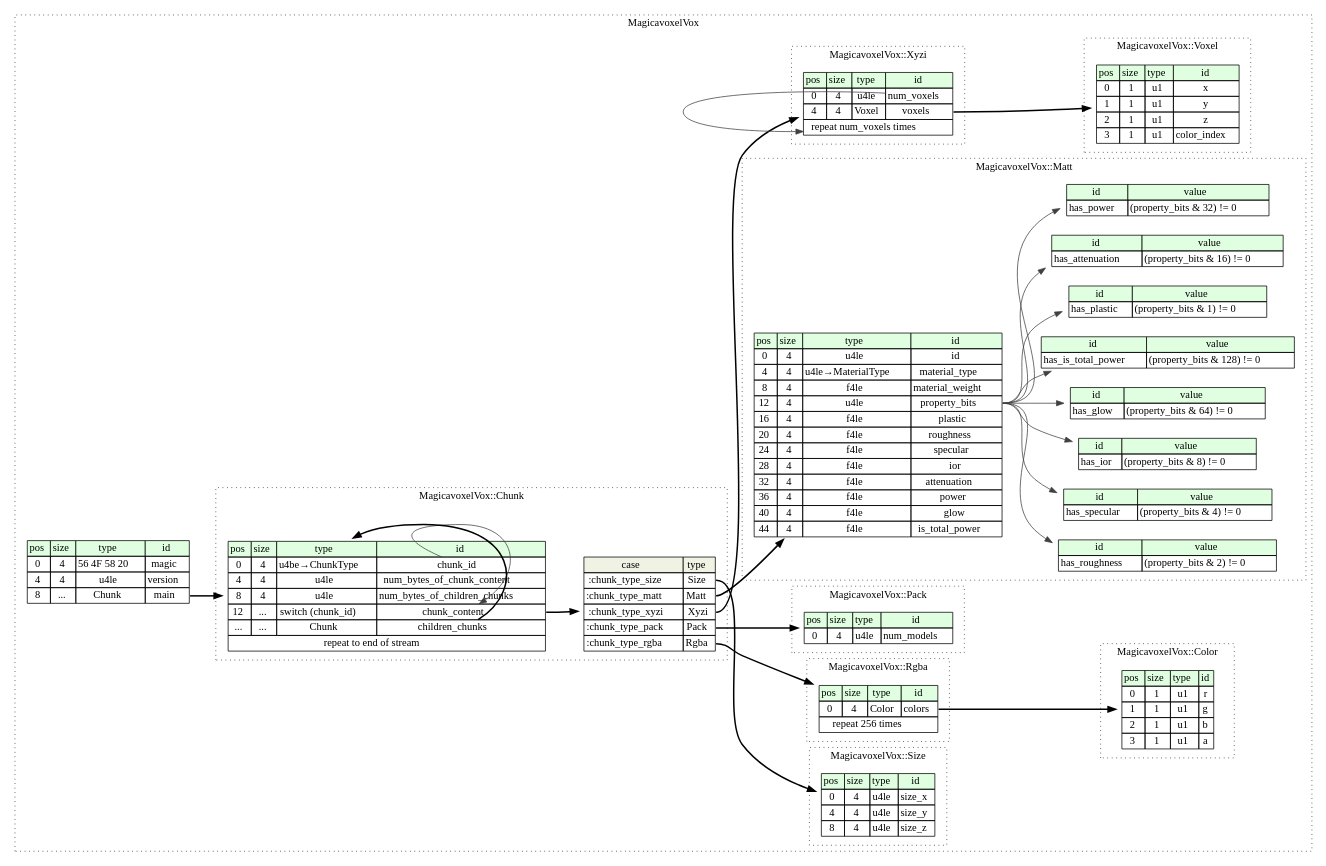
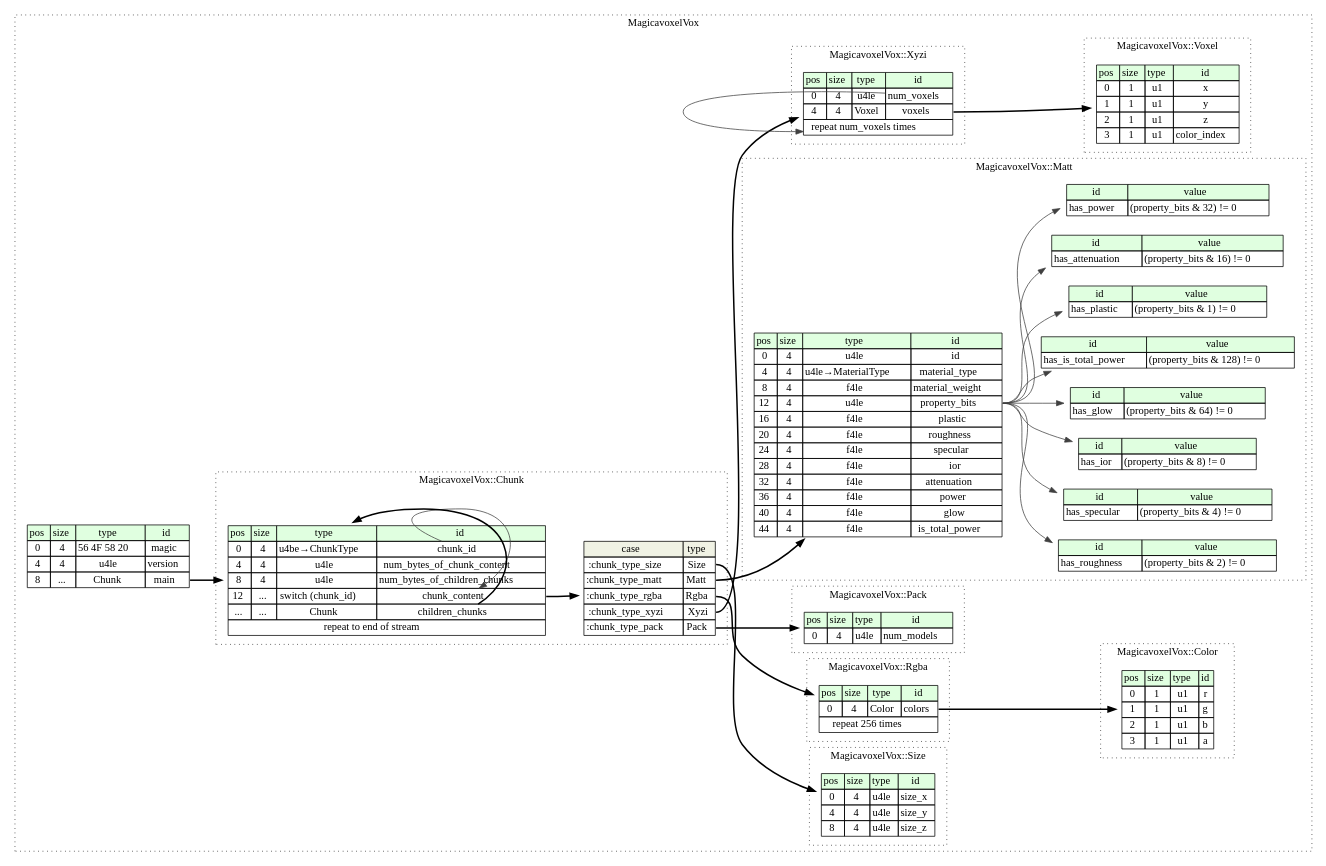
Before and after one commit to kaitai-io/formats-kaitai-io.github.io: the diagram in magicavoxel_vox/src/graphviz/magicavoxel_vox.dot, drawn with Graphviz. The commit also changed 2419 other files, not shown here.

```diff
--- a/magicavoxel_vox/src/graphviz/magicavoxel_vox.dot
+++ b/magicavoxel_vox/src/graphviz/magicavoxel_vox.dot
@@ -1,174 +1,174 @@
 digraph {
 	rankdir=LR;
 	node [shape=plaintext];
 	subgraph cluster__magicavoxel_vox {
 		label="MagicavoxelVox";
 		graph[style=dotted];
 
 		magicavoxel_vox__seq [label=<<TABLE BORDER="0" CELLBORDER="1" CELLSPACING="0">
 			<TR><TD BGCOLOR="#E0FFE0">pos</TD><TD BGCOLOR="#E0FFE0">size</TD><TD BGCOLOR="#E0FFE0">type</TD><TD BGCOLOR="#E0FFE0">id</TD></TR>
 			<TR><TD PORT="magic_pos">0</TD><TD PORT="magic_size">4</TD><TD>56 4F 58 20</TD><TD PORT="magic_type">magic</TD></TR>
 			<TR><TD PORT="version_pos">4</TD><TD PORT="version_size">4</TD><TD>u4le</TD><TD PORT="version_type">version</TD></TR>
 			<TR><TD PORT="main_pos">8</TD><TD PORT="main_size">...</TD><TD>Chunk</TD><TD PORT="main_type">main</TD></TR>
 		</TABLE>>];
 		subgraph cluster__chunk {
 			label="MagicavoxelVox::Chunk";
 			graph[style=dotted];
 
 			chunk__seq [label=<<TABLE BORDER="0" CELLBORDER="1" CELLSPACING="0">
 				<TR><TD BGCOLOR="#E0FFE0">pos</TD><TD BGCOLOR="#E0FFE0">size</TD><TD BGCOLOR="#E0FFE0">type</TD><TD BGCOLOR="#E0FFE0">id</TD></TR>
 				<TR><TD PORT="chunk_id_pos">0</TD><TD PORT="chunk_id_size">4</TD><TD>u4be→ChunkType</TD><TD PORT="chunk_id_type">chunk_id</TD></TR>
 				<TR><TD PORT="num_bytes_of_chunk_content_pos">4</TD><TD PORT="num_bytes_of_chunk_content_size">4</TD><TD>u4le</TD><TD PORT="num_bytes_of_chunk_content_type">num_bytes_of_chunk_content</TD></TR>
 				<TR><TD PORT="num_bytes_of_children_chunks_pos">8</TD><TD PORT="num_bytes_of_children_chunks_size">4</TD><TD>u4le</TD><TD PORT="num_bytes_of_children_chunks_type">num_bytes_of_children_chunks</TD></TR>
 				<TR><TD PORT="chunk_content_pos">12</TD><TD PORT="chunk_content_size">...</TD><TD>switch (chunk_id)</TD><TD PORT="chunk_content_type">chunk_content</TD></TR>
 				<TR><TD PORT="children_chunks_pos">...</TD><TD PORT="children_chunks_size">...</TD><TD>Chunk</TD><TD PORT="children_chunks_type">children_chunks</TD></TR>
 				<TR><TD COLSPAN="4" PORT="children_chunks__repeat">repeat to end of stream</TD></TR>
 			</TABLE>>];
 chunk__seq_chunk_content_switch [label=<<TABLE BORDER="0" CELLBORDER="1" CELLSPACING="0">
 	<TR><TD BGCOLOR="#F0F2E4">case</TD><TD BGCOLOR="#F0F2E4">type</TD></TR>
 	<TR><TD>:chunk_type_size</TD><TD PORT="case0">Size</TD></TR>
 	<TR><TD>:chunk_type_matt</TD><TD PORT="case1">Matt</TD></TR>
-	<TR><TD>:chunk_type_xyzi</TD><TD PORT="case2">Xyzi</TD></TR>
-	<TR><TD>:chunk_type_pack</TD><TD PORT="case3">Pack</TD></TR>
-	<TR><TD>:chunk_type_rgba</TD><TD PORT="case4">Rgba</TD></TR>
+	<TR><TD>:chunk_type_rgba</TD><TD PORT="case2">Rgba</TD></TR>
+	<TR><TD>:chunk_type_xyzi</TD><TD PORT="case3">Xyzi</TD></TR>
+	<TR><TD>:chunk_type_pack</TD><TD PORT="case4">Pack</TD></TR>
 </TABLE>>];
 		}
 		subgraph cluster__size {
 			label="MagicavoxelVox::Size";
 			graph[style=dotted];
 
 			size__seq [label=<<TABLE BORDER="0" CELLBORDER="1" CELLSPACING="0">
 				<TR><TD BGCOLOR="#E0FFE0">pos</TD><TD BGCOLOR="#E0FFE0">size</TD><TD BGCOLOR="#E0FFE0">type</TD><TD BGCOLOR="#E0FFE0">id</TD></TR>
 				<TR><TD PORT="size_x_pos">0</TD><TD PORT="size_x_size">4</TD><TD>u4le</TD><TD PORT="size_x_type">size_x</TD></TR>
 				<TR><TD PORT="size_y_pos">4</TD><TD PORT="size_y_size">4</TD><TD>u4le</TD><TD PORT="size_y_type">size_y</TD></TR>
 				<TR><TD PORT="size_z_pos">8</TD><TD PORT="size_z_size">4</TD><TD>u4le</TD><TD PORT="size_z_type">size_z</TD></TR>
 			</TABLE>>];
 		}
 		subgraph cluster__rgba {
 			label="MagicavoxelVox::Rgba";
 			graph[style=dotted];
 
 			rgba__seq [label=<<TABLE BORDER="0" CELLBORDER="1" CELLSPACING="0">
 				<TR><TD BGCOLOR="#E0FFE0">pos</TD><TD BGCOLOR="#E0FFE0">size</TD><TD BGCOLOR="#E0FFE0">type</TD><TD BGCOLOR="#E0FFE0">id</TD></TR>
 				<TR><TD PORT="colors_pos">0</TD><TD PORT="colors_size">4</TD><TD>Color</TD><TD PORT="colors_type">colors</TD></TR>
 				<TR><TD COLSPAN="4" PORT="colors__repeat">repeat 256 times</TD></TR>
 			</TABLE>>];
 		}
 		subgraph cluster__pack {
 			label="MagicavoxelVox::Pack";
 			graph[style=dotted];
 
 			pack__seq [label=<<TABLE BORDER="0" CELLBORDER="1" CELLSPACING="0">
 				<TR><TD BGCOLOR="#E0FFE0">pos</TD><TD BGCOLOR="#E0FFE0">size</TD><TD BGCOLOR="#E0FFE0">type</TD><TD BGCOLOR="#E0FFE0">id</TD></TR>
 				<TR><TD PORT="num_models_pos">0</TD><TD PORT="num_models_size">4</TD><TD>u4le</TD><TD PORT="num_models_type">num_models</TD></TR>
 			</TABLE>>];
 		}
 		subgraph cluster__matt {
 			label="MagicavoxelVox::Matt";
 			graph[style=dotted];
 
 			matt__seq [label=<<TABLE BORDER="0" CELLBORDER="1" CELLSPACING="0">
 				<TR><TD BGCOLOR="#E0FFE0">pos</TD><TD BGCOLOR="#E0FFE0">size</TD><TD BGCOLOR="#E0FFE0">type</TD><TD BGCOLOR="#E0FFE0">id</TD></TR>
 				<TR><TD PORT="id_pos">0</TD><TD PORT="id_size">4</TD><TD>u4le</TD><TD PORT="id_type">id</TD></TR>
 				<TR><TD PORT="material_type_pos">4</TD><TD PORT="material_type_size">4</TD><TD>u4le→MaterialType</TD><TD PORT="material_type_type">material_type</TD></TR>
 				<TR><TD PORT="material_weight_pos">8</TD><TD PORT="material_weight_size">4</TD><TD>f4le</TD><TD PORT="material_weight_type">material_weight</TD></TR>
 				<TR><TD PORT="property_bits_pos">12</TD><TD PORT="property_bits_size">4</TD><TD>u4le</TD><TD PORT="property_bits_type">property_bits</TD></TR>
 				<TR><TD PORT="plastic_pos">16</TD><TD PORT="plastic_size">4</TD><TD>f4le</TD><TD PORT="plastic_type">plastic</TD></TR>
 				<TR><TD PORT="roughness_pos">20</TD><TD PORT="roughness_size">4</TD><TD>f4le</TD><TD PORT="roughness_type">roughness</TD></TR>
 				<TR><TD PORT="specular_pos">24</TD><TD PORT="specular_size">4</TD><TD>f4le</TD><TD PORT="specular_type">specular</TD></TR>
 				<TR><TD PORT="ior_pos">28</TD><TD PORT="ior_size">4</TD><TD>f4le</TD><TD PORT="ior_type">ior</TD></TR>
 				<TR><TD PORT="attenuation_pos">32</TD><TD PORT="attenuation_size">4</TD><TD>f4le</TD><TD PORT="attenuation_type">attenuation</TD></TR>
 				<TR><TD PORT="power_pos">36</TD><TD PORT="power_size">4</TD><TD>f4le</TD><TD PORT="power_type">power</TD></TR>
 				<TR><TD PORT="glow_pos">40</TD><TD PORT="glow_size">4</TD><TD>f4le</TD><TD PORT="glow_type">glow</TD></TR>
 				<TR><TD PORT="is_total_power_pos">44</TD><TD PORT="is_total_power_size">4</TD><TD>f4le</TD><TD PORT="is_total_power_type">is_total_power</TD></TR>
 			</TABLE>>];
 			matt__inst__has_is_total_power [label=<<TABLE BORDER="0" CELLBORDER="1" CELLSPACING="0">
 				<TR><TD BGCOLOR="#E0FFE0">id</TD><TD BGCOLOR="#E0FFE0">value</TD></TR>
 				<TR><TD>has_is_total_power</TD><TD>(property_bits &amp; 128) != 0</TD></TR>
 			</TABLE>>];
 			matt__inst__has_plastic [label=<<TABLE BORDER="0" CELLBORDER="1" CELLSPACING="0">
 				<TR><TD BGCOLOR="#E0FFE0">id</TD><TD BGCOLOR="#E0FFE0">value</TD></TR>
 				<TR><TD>has_plastic</TD><TD>(property_bits &amp; 1) != 0</TD></TR>
 			</TABLE>>];
 			matt__inst__has_attenuation [label=<<TABLE BORDER="0" CELLBORDER="1" CELLSPACING="0">
 				<TR><TD BGCOLOR="#E0FFE0">id</TD><TD BGCOLOR="#E0FFE0">value</TD></TR>
 				<TR><TD>has_attenuation</TD><TD>(property_bits &amp; 16) != 0</TD></TR>
 			</TABLE>>];
 			matt__inst__has_power [label=<<TABLE BORDER="0" CELLBORDER="1" CELLSPACING="0">
 				<TR><TD BGCOLOR="#E0FFE0">id</TD><TD BGCOLOR="#E0FFE0">value</TD></TR>
 				<TR><TD>has_power</TD><TD>(property_bits &amp; 32) != 0</TD></TR>
 			</TABLE>>];
 			matt__inst__has_roughness [label=<<TABLE BORDER="0" CELLBORDER="1" CELLSPACING="0">
 				<TR><TD BGCOLOR="#E0FFE0">id</TD><TD BGCOLOR="#E0FFE0">value</TD></TR>
 				<TR><TD>has_roughness</TD><TD>(property_bits &amp; 2) != 0</TD></TR>
 			</TABLE>>];
 			matt__inst__has_specular [label=<<TABLE BORDER="0" CELLBORDER="1" CELLSPACING="0">
 				<TR><TD BGCOLOR="#E0FFE0">id</TD><TD BGCOLOR="#E0FFE0">value</TD></TR>
 				<TR><TD>has_specular</TD><TD>(property_bits &amp; 4) != 0</TD></TR>
 			</TABLE>>];
 			matt__inst__has_ior [label=<<TABLE BORDER="0" CELLBORDER="1" CELLSPACING="0">
 				<TR><TD BGCOLOR="#E0FFE0">id</TD><TD BGCOLOR="#E0FFE0">value</TD></TR>
 				<TR><TD>has_ior</TD><TD>(property_bits &amp; 8) != 0</TD></TR>
 			</TABLE>>];
 			matt__inst__has_glow [label=<<TABLE BORDER="0" CELLBORDER="1" CELLSPACING="0">
 				<TR><TD BGCOLOR="#E0FFE0">id</TD><TD BGCOLOR="#E0FFE0">value</TD></TR>
 				<TR><TD>has_glow</TD><TD>(property_bits &amp; 64) != 0</TD></TR>
 			</TABLE>>];
 		}
 		subgraph cluster__xyzi {
 			label="MagicavoxelVox::Xyzi";
 			graph[style=dotted];
 
 			xyzi__seq [label=<<TABLE BORDER="0" CELLBORDER="1" CELLSPACING="0">
 				<TR><TD BGCOLOR="#E0FFE0">pos</TD><TD BGCOLOR="#E0FFE0">size</TD><TD BGCOLOR="#E0FFE0">type</TD><TD BGCOLOR="#E0FFE0">id</TD></TR>
 				<TR><TD PORT="num_voxels_pos">0</TD><TD PORT="num_voxels_size">4</TD><TD>u4le</TD><TD PORT="num_voxels_type">num_voxels</TD></TR>
 				<TR><TD PORT="voxels_pos">4</TD><TD PORT="voxels_size">4</TD><TD>Voxel</TD><TD PORT="voxels_type">voxels</TD></TR>
 				<TR><TD COLSPAN="4" PORT="voxels__repeat">repeat num_voxels times</TD></TR>
 			</TABLE>>];
 		}
 		subgraph cluster__color {
 			label="MagicavoxelVox::Color";
 			graph[style=dotted];
 
 			color__seq [label=<<TABLE BORDER="0" CELLBORDER="1" CELLSPACING="0">
 				<TR><TD BGCOLOR="#E0FFE0">pos</TD><TD BGCOLOR="#E0FFE0">size</TD><TD BGCOLOR="#E0FFE0">type</TD><TD BGCOLOR="#E0FFE0">id</TD></TR>
 				<TR><TD PORT="r_pos">0</TD><TD PORT="r_size">1</TD><TD>u1</TD><TD PORT="r_type">r</TD></TR>
 				<TR><TD PORT="g_pos">1</TD><TD PORT="g_size">1</TD><TD>u1</TD><TD PORT="g_type">g</TD></TR>
 				<TR><TD PORT="b_pos">2</TD><TD PORT="b_size">1</TD><TD>u1</TD><TD PORT="b_type">b</TD></TR>
 				<TR><TD PORT="a_pos">3</TD><TD PORT="a_size">1</TD><TD>u1</TD><TD PORT="a_type">a</TD></TR>
 			</TABLE>>];
 		}
 		subgraph cluster__voxel {
 			label="MagicavoxelVox::Voxel";
 			graph[style=dotted];
 
 			voxel__seq [label=<<TABLE BORDER="0" CELLBORDER="1" CELLSPACING="0">
 				<TR><TD BGCOLOR="#E0FFE0">pos</TD><TD BGCOLOR="#E0FFE0">size</TD><TD BGCOLOR="#E0FFE0">type</TD><TD BGCOLOR="#E0FFE0">id</TD></TR>
 				<TR><TD PORT="x_pos">0</TD><TD PORT="x_size">1</TD><TD>u1</TD><TD PORT="x_type">x</TD></TR>
 				<TR><TD PORT="y_pos">1</TD><TD PORT="y_size">1</TD><TD>u1</TD><TD PORT="y_type">y</TD></TR>
 				<TR><TD PORT="z_pos">2</TD><TD PORT="z_size">1</TD><TD>u1</TD><TD PORT="z_type">z</TD></TR>
 				<TR><TD PORT="color_index_pos">3</TD><TD PORT="color_index_size">1</TD><TD>u1</TD><TD PORT="color_index_type">color_index</TD></TR>
 			</TABLE>>];
 		}
 	}
 	magicavoxel_vox__seq:main_type -> chunk__seq [style=bold];
 	chunk__seq:chunk_content_type -> chunk__seq_chunk_content_switch [style=bold];
 	chunk__seq_chunk_content_switch:case0 -> size__seq [style=bold];
 	chunk__seq_chunk_content_switch:case1 -> matt__seq [style=bold];
-	chunk__seq_chunk_content_switch:case2 -> xyzi__seq [style=bold];
-	chunk__seq_chunk_content_switch:case3 -> pack__seq [style=bold];
-	chunk__seq_chunk_content_switch:case4 -> rgba__seq [style=bold];
+	chunk__seq_chunk_content_switch:case2 -> rgba__seq [style=bold];
+	chunk__seq_chunk_content_switch:case3 -> xyzi__seq [style=bold];
+	chunk__seq_chunk_content_switch:case4 -> pack__seq [style=bold];
 	chunk__seq:chunk_id_type -> chunk__seq:chunk_content_type [color="#404040"];
 	chunk__seq:children_chunks_type -> chunk__seq [style=bold];
 	rgba__seq:colors_type -> color__seq [style=bold];
 	matt__seq:property_bits_type -> matt__inst__has_is_total_power [color="#404040"];
 	matt__seq:property_bits_type -> matt__inst__has_plastic [color="#404040"];
 	matt__seq:property_bits_type -> matt__inst__has_attenuation [color="#404040"];
 	matt__seq:property_bits_type -> matt__inst__has_power [color="#404040"];
 	matt__seq:property_bits_type -> matt__inst__has_roughness [color="#404040"];
 	matt__seq:property_bits_type -> matt__inst__has_specular [color="#404040"];
 	matt__seq:property_bits_type -> matt__inst__has_ior [color="#404040"];
 	matt__seq:property_bits_type -> matt__inst__has_glow [color="#404040"];
 	xyzi__seq:voxels_type -> voxel__seq [style=bold];
 	xyzi__seq:num_voxels_type -> xyzi__seq:voxels__repeat [color="#404040"];
 }
```
